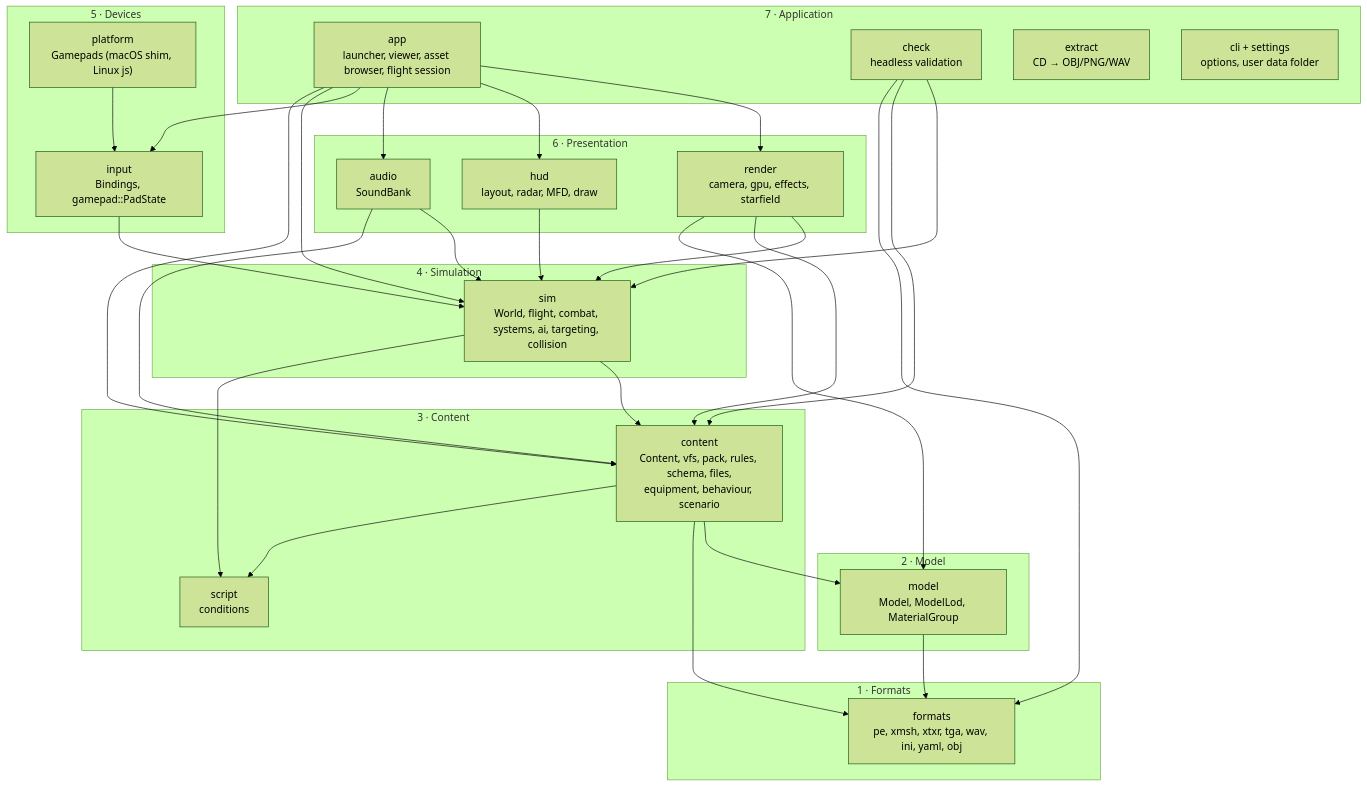
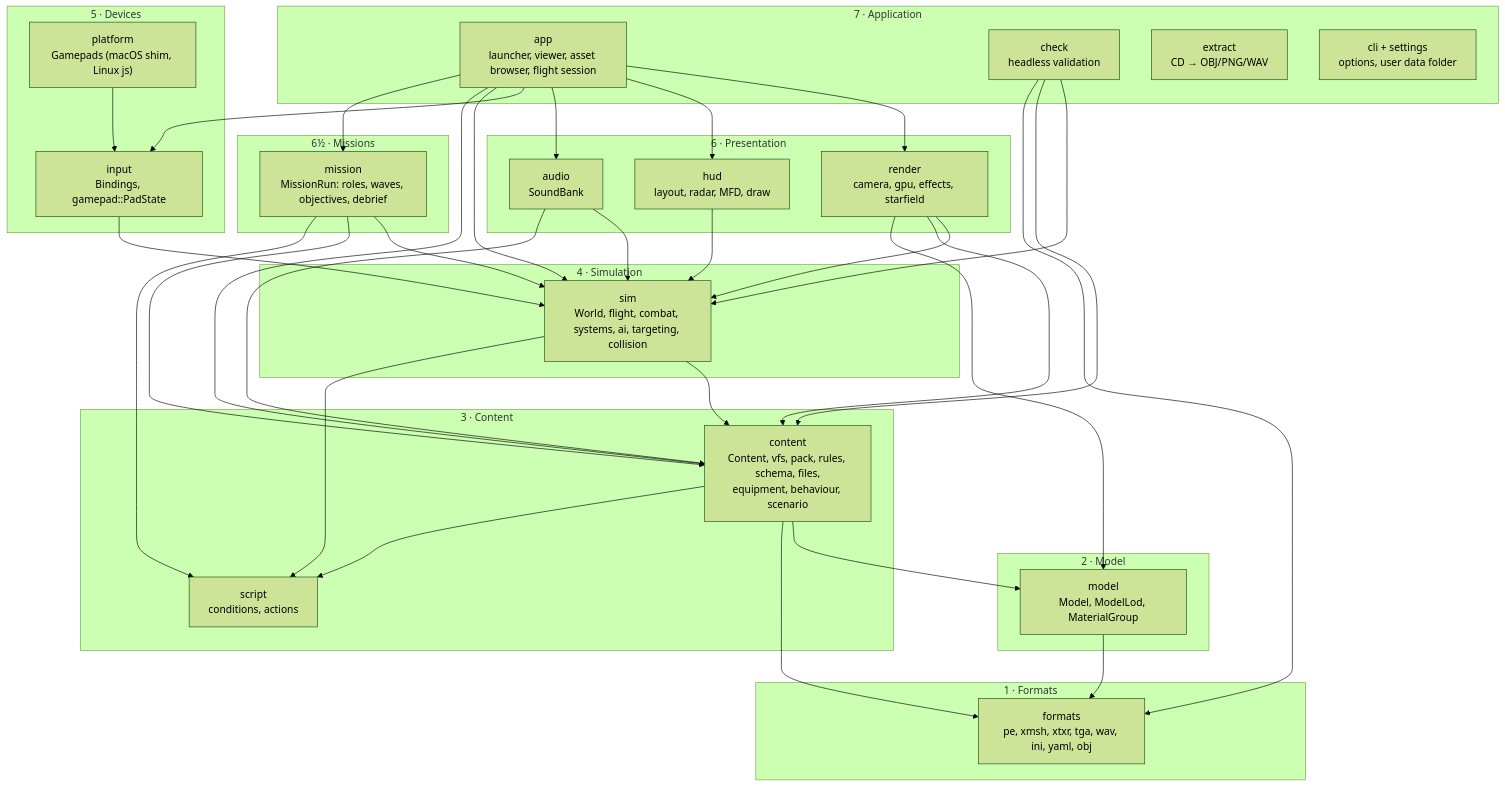
One commit to bbogovich/OpenInterceptor changed the first of 4 diagrams in docs/architecture/index.md. Above: the diagram before and after it, drawn with Mermaid (forest theme). The commit also changed other lines of this file and 21 other files, not shown here.

Commit message:
Site 0.9.0: missions (Stage 3 part 1, app 0.3.0)

````diff
--- a/docs/architecture/index.md
+++ b/docs/architecture/index.md
@@ -20,41 +20,45 @@
 ```mermaid
 flowchart TB
     subgraph L7["7 · Application"]
         APP["app<br/>launcher, viewer, asset browser, flight session"]
         CK["check<br/>headless validation"]
         EX["extract<br/>CD → OBJ/PNG/WAV"]
         CLI["cli + settings<br/>options, user data folder"]
+    end
+    subgraph LM["6½ · Missions"]
+        MI["mission<br/>MissionRun: roles, waves, objectives, debrief"]
     end
     subgraph L6["6 · Presentation"]
         R["render<br/>camera, gpu, effects, starfield"]
         H["hud<br/>layout, radar, MFD, draw"]
         AU["audio<br/>SoundBank"]
     end
     subgraph L5["5 · Devices"]
         IN["input<br/>Bindings, gamepad::PadState"]
         PL["platform<br/>Gamepads (macOS shim, Linux js)"]
     end
     subgraph L4["4 · Simulation"]
         S["sim<br/>World, flight, combat, systems, ai, targeting, collision"]
     end
     subgraph L3["3 · Content"]
         C["content<br/>Content, vfs, pack, rules, schema, files,<br/>equipment, behaviour, scenario"]
-        SC["script<br/>conditions"]
+        SC["script<br/>conditions, actions"]
     end
     subgraph L2["2 · Model"]
         M["model<br/>Model, ModelLod, MaterialGroup"]
     end
     subgraph L1["1 · Formats"]
         F["formats<br/>pe, xmsh, xtxr, tga, wav, ini, yaml, obj"]
     end
-    APP --> R & H & AU & IN & S & C
+    APP --> R & H & AU & IN & S & C & MI
+    MI --> S & C & SC
     CK --> S & C & F
     R --> S & C & M
     H --> S
     AU --> S & C
     IN --> S
     PL --> IN
     S --> C & SC
     C --> M & F & SC
     M --> F
 ```
````
